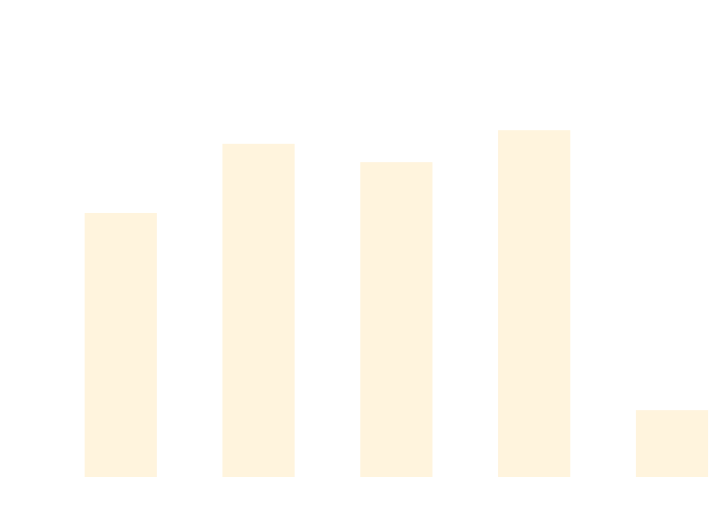
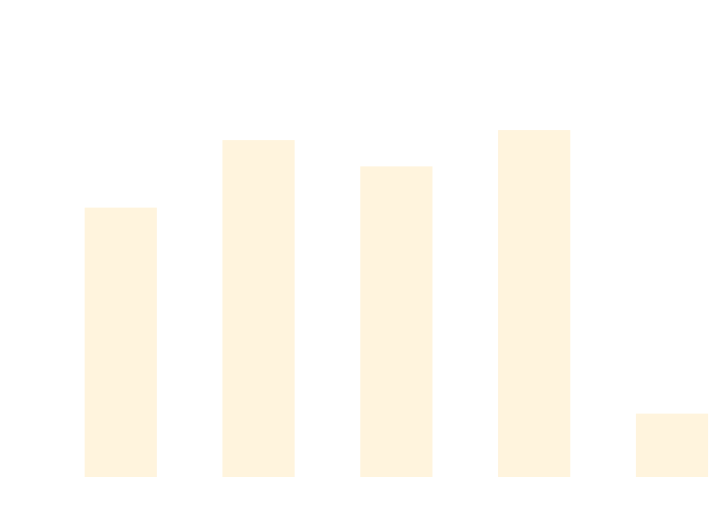
Before and after one commit to thomhurst/TUnit: the diagram in docs/docs/benchmarks/AsyncTests.md, drawn with Mermaid. The commit also changed other lines of this file and 17 other files, not shown here.

````diff
--- a/docs/docs/benchmarks/AsyncTests.md
+++ b/docs/docs/benchmarks/AsyncTests.md
@@ -27,37 +27,37 @@
 ```mermaid
 %%{init: {
   'theme':'base',
   'themeVariables': {
     'primaryColor': '#2563eb',
     'primaryTextColor': '#ffffff',
     'primaryBorderColor': '#1e40af',
     'lineColor': '#6b7280',
     'secondaryColor': '#7c3aed',
     'tertiaryColor': '#dc2626',
     'background': '#ffffff',
     'mainBkg': '#2563eb',
     'secondBkg': '#7c3aed',
     'tertiaryBkg': '#dc2626',
     'clusterBkg': '#f3f4f6',
     'edgeLabelBackground': '#ffffff',
     'tertiaryTextColor': '#1f2937',
     'pie1': '#2563eb',
     'pie2': '#7c3aed',
     'pie3': '#dc2626',
     'pie4': '#f59e0b',
     'pie5': '#10b981',
     'pie6': '#06b6d4',
     'pie7': '#ec4899',
     'pie8': '#6366f1',
     'pie9': '#84cc16',
     'pie10': '#f97316',
     'pie11': '#14b8a6',
     'pie12': '#a855f7'
   }
 }}%%
 xychart-beta
   title "AsyncTests Performance Comparison"
   x-axis ["TUnit", "NUnit", "MSTest", "xUnit3", "TUnit_AOT"]
-  y-axis "Time (ms)" 0 --> 853
-  bar [536.6, 681.5, 643.1, 710.1, 123.3]
+  y-axis "Time (ms)" 0 --> 917
+  bar [588.9, 741, 681.8, 763.6, 124.8]
 ```
````
